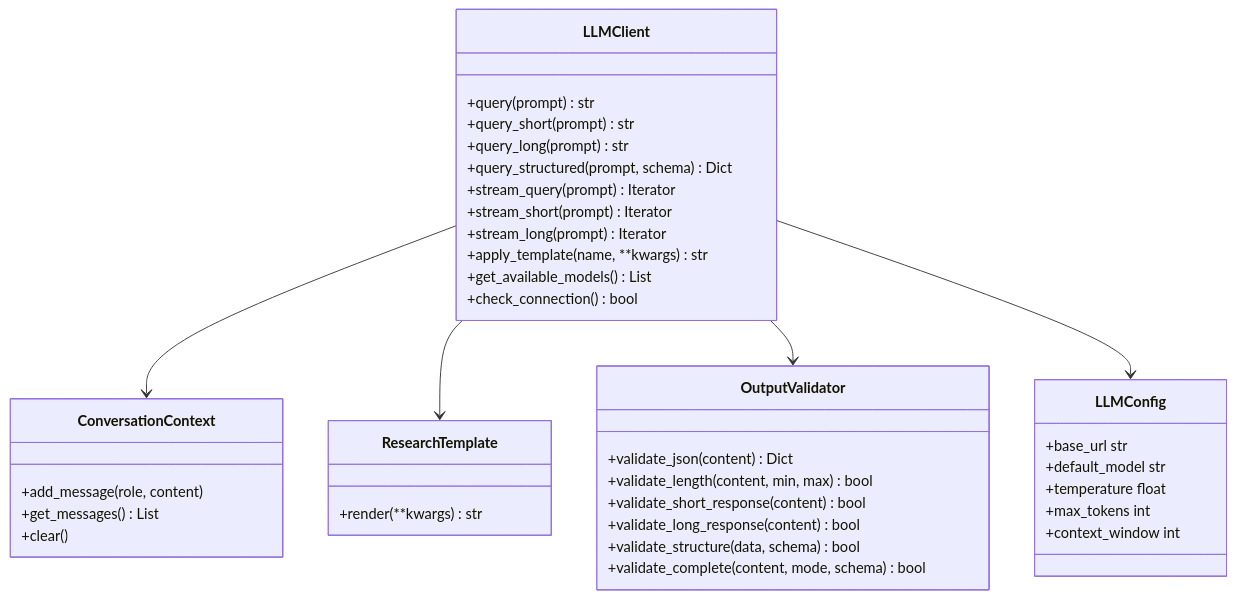
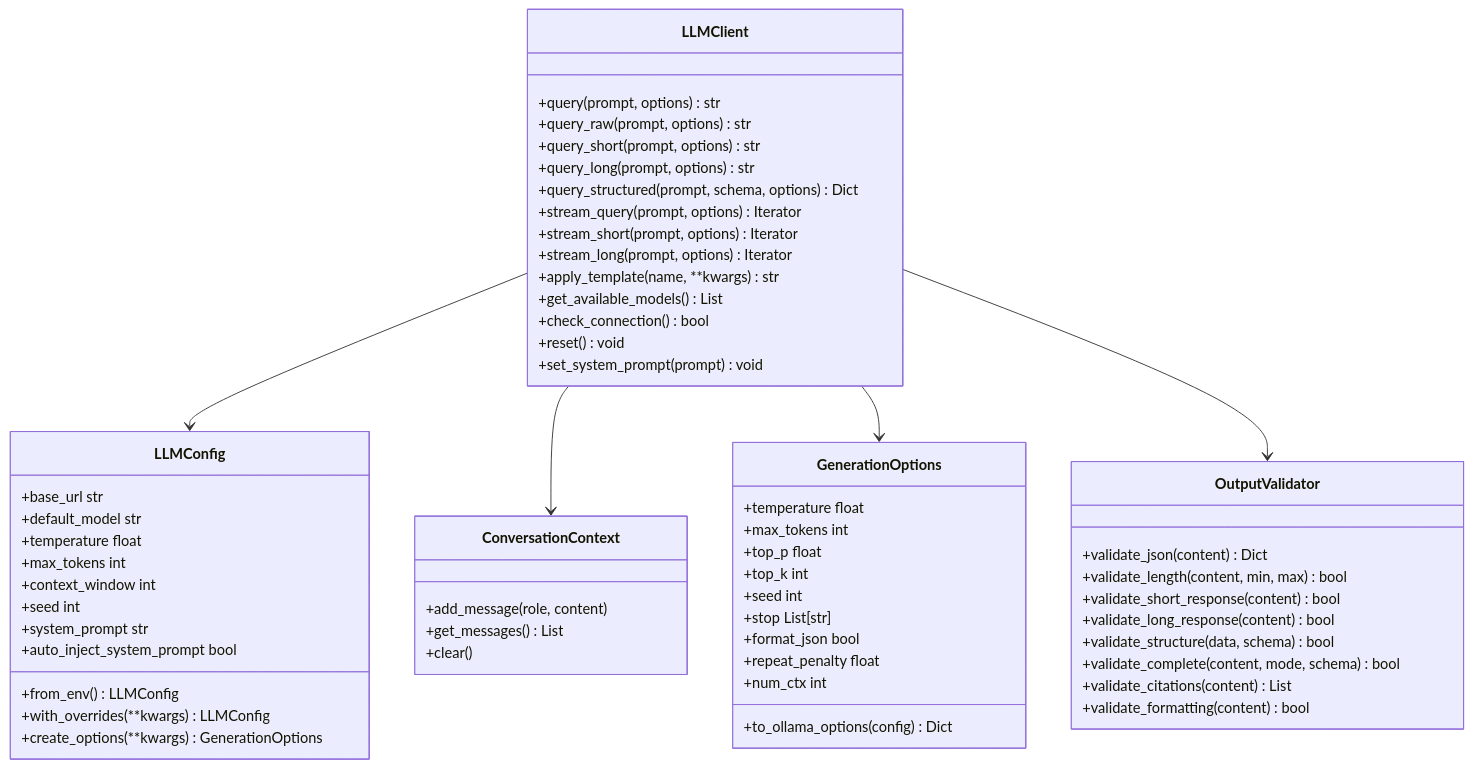
One commit to docxology/template changed the diagram in infrastructure/llm/AGENTS.md. Above: the diagram before and after it, drawn with Mermaid. The commit also changed other lines of this file and 132 other files, not shown here.

````diff
--- a/infrastructure/llm/AGENTS.md
+++ b/infrastructure/llm/AGENTS.md
@@ -44,43 +59,63 @@
 ```mermaid
 classDiagram
     class LLMClient {
-        +query(prompt) str
-        +query_short(prompt) str
-        +query_long(prompt) str
-        +query_structured(prompt, schema) Dict
-        +stream_query(prompt) Iterator
-        +stream_short(prompt) Iterator
-        +stream_long(prompt) Iterator
+        +query(prompt, options) str
+        +query_raw(prompt, options) str
+        +query_short(prompt, options) str
+        +query_long(prompt, options) str
+        +query_structured(prompt, schema, options) Dict
+        +stream_query(prompt, options) Iterator
+        +stream_short(prompt, options) Iterator
+        +stream_long(prompt, options) Iterator
         +apply_template(name, **kwargs) str
         +get_available_models() List
         +check_connection() bool
+        +reset() void
+        +set_system_prompt(prompt) void
+    }
+    class GenerationOptions {
+        +temperature float
+        +max_tokens int
+        +top_p float
+        +top_k int
+        +seed int
+        +stop List[str]
+        +format_json bool
+        +repeat_penalty float
+        +num_ctx int
+        +to_ollama_options(config) Dict
+    }
+    class LLMConfig {
+        +base_url str
+        +default_model str
+        +temperature float
+        +max_tokens int
+        +context_window int
+        +seed int
+        +system_prompt str
+        +auto_inject_system_prompt bool
+        +from_env() LLMConfig
+        +with_overrides(**kwargs) LLMConfig
+        +create_options(**kwargs) GenerationOptions
     }
     class ConversationContext {
         +add_message(role, content)
         +get_messages() List
         +clear()
-    }
-    class ResearchTemplate {
-        +render(**kwargs) str
     }
     class OutputValidator {
         +validate_json(content) Dict
         +validate_length(content, min, max) bool
         +validate_short_response(content) bool
         +validate_long_response(content) bool
         +validate_structure(data, schema) bool
         +validate_complete(content, mode, schema) bool
-    }
-    class LLMConfig {
-        +base_url str
-        +default_model str
-        +temperature float
-        +max_tokens int
-        +context_window int
+        +validate_citations(content) List
+        +validate_formatting(content) bool
     }
     
+    LLMClient --> LLMConfig
     LLMClient --> ConversationContext
-    LLMClient --> ResearchTemplate
+    LLMClient --> GenerationOptions
     LLMClient --> OutputValidator
-    LLMClient --> LLMConfig
 ```
````
